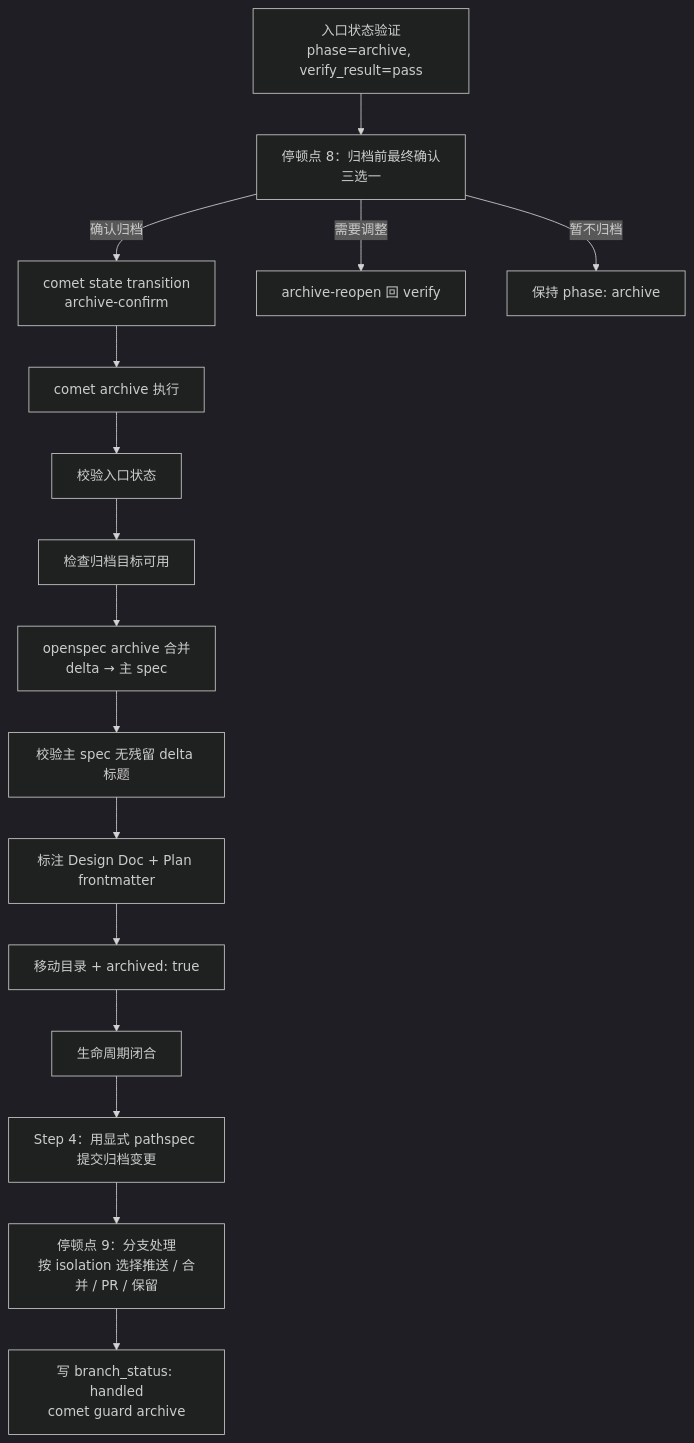
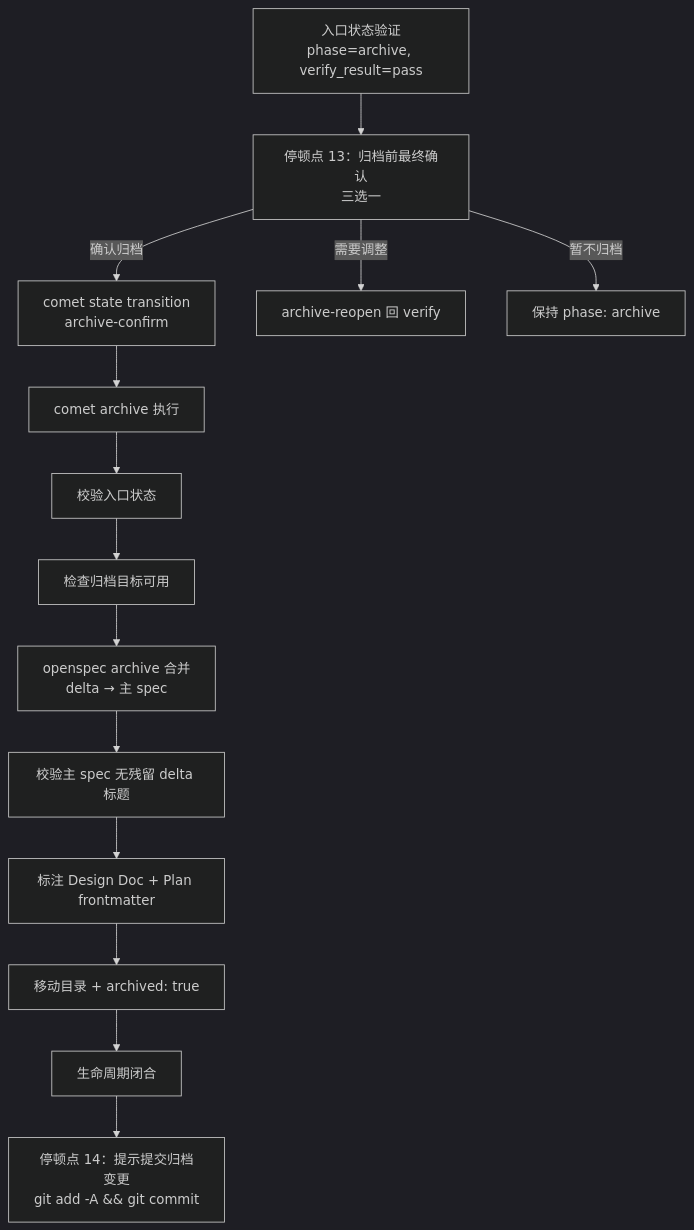
One commit to rpamis/comet-website-docs changed the diagram in zh/phases/archive.mdx. Above: the diagram before and after it, drawn with Mermaid (dark theme). The commit also changed other lines of this file and 114 other files, not shown here.

````diff
--- a/zh/phases/archive.mdx
+++ b/zh/phases/archive.mdx
@@ -35,18 +38,16 @@
 ```mermaid
 flowchart TD
-    Entry["入口状态验证<br/>phase=archive, verify_result=pass"] --> Stop1["停顿点 8：归档前最终确认<br/>三选一"]
+    Entry["入口状态验证<br/>phase=archive, verify_result=pass"] --> Stop1["停顿点 13：归档前最终确认<br/>三选一"]
     Stop1 -->|确认归档| Confirm["comet state transition<br/>archive-confirm"]
     Confirm --> Run["comet archive 执行"]
     Stop1 -->|需要调整| Reopen["archive-reopen 回 verify"]
     Stop1 -->|暂不归档| Keep["保持 phase: archive"]
     Run --> S1["校验入口状态"]
     S1 --> S2["检查归档目标可用"]
     S2 --> S3["openspec archive 合并<br/>delta → 主 spec"]
     S3 --> S4["校验主 spec 无残留 delta 标题"]
     S4 --> S5["标注 Design Doc + Plan frontmatter"]
     S5 --> S6["移动目录 + archived: true"]
     S6 --> Done["生命周期闭合"]
-    Done --> Commit["Step 4：用显式 pathspec 提交归档变更"]
-    Commit --> Branch["停顿点 9：分支处理<br/>按 isolation 选择推送 / 合并 / PR / 保留"]
-    Branch --> Final["写 branch_status: handled<br/>comet guard archive"]
+    Done --> Commit["停顿点 14：提示提交归档变更<br/>git add -A && git commit"]
 ```
````
